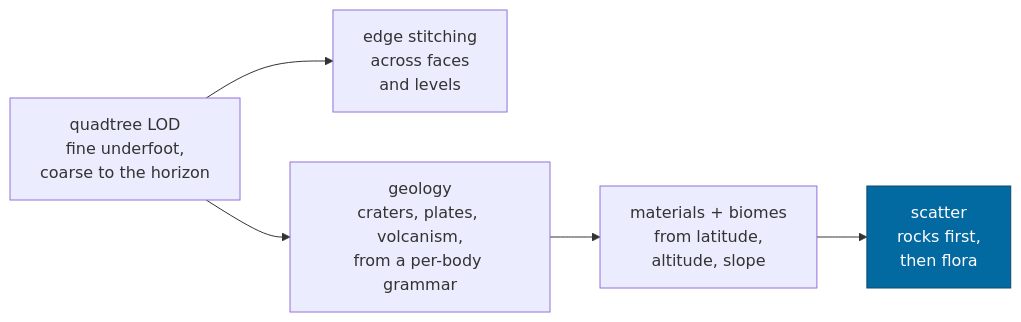
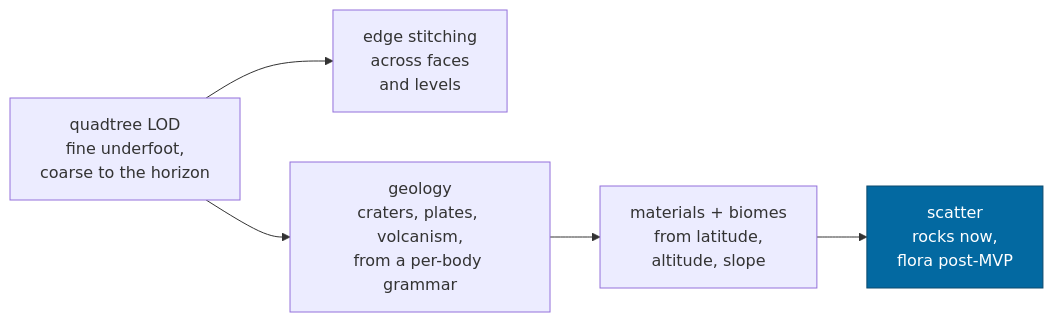
Before and after one commit to jonjaques/inertialref: the diagram in docs/design/content.md, drawn with Mermaid. The commit also changed other lines of this file and 46 other files, not shown here.

````diff
--- a/docs/design/content.md
+++ b/docs/design/content.md
@@ -109,9 +109,9 @@
 ```mermaid
 flowchart LR
     Q["quadtree LOD<br/>fine underfoot,<br/>coarse to the horizon"] --> S["edge stitching<br/>across faces<br/>and levels"]
     Q --> G["geology<br/>craters, plates, volcanism,<br/>from a per-body grammar"]
     G --> M["materials + biomes<br/>from latitude,<br/>altitude, slope"]
-    M --> SC["scatter<br/>rocks first,<br/>then flora"]
+    M --> SC["scatter<br/>rocks now,<br/>flora post-MVP"]
 
     style SC fill:#0369a1,stroke:#0c4a6e,color:#fff
 ```
````
